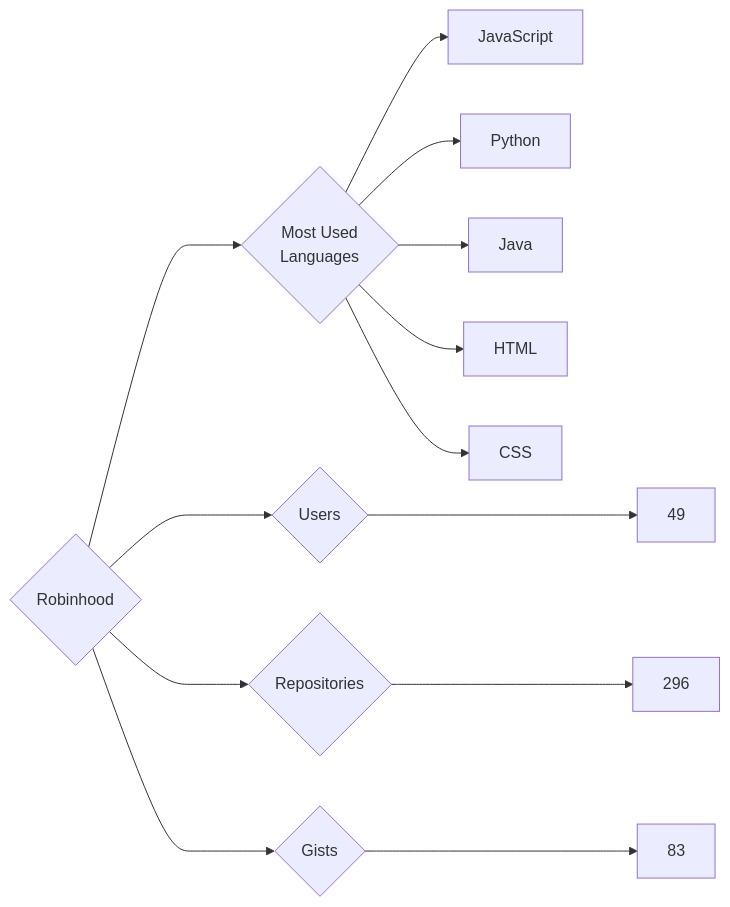
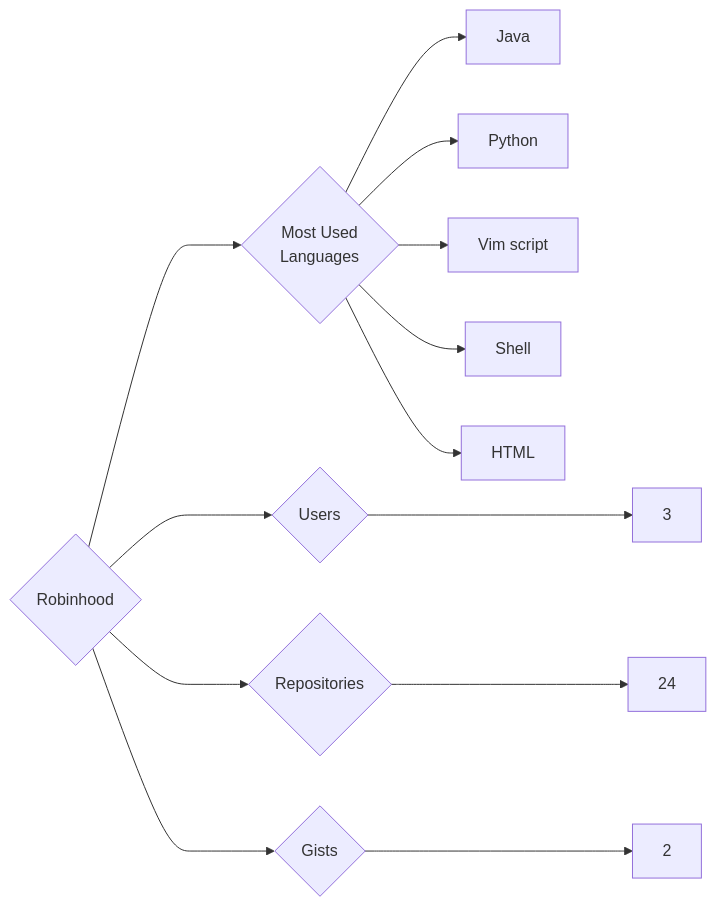
The diagram in targets/Robinhood/README.md (trickest/insiders), drawn with Mermaid before and after one commit. The commit also changed 940 other files, not shown here.

````diff
--- a/targets/Robinhood/README.md
+++ b/targets/Robinhood/README.md
@@ -3,13 +3,13 @@
 ```mermaid
 graph LR
 COMPANY_NAME{Robinhood}
-COMPANY_NAME ---> U{Users} ---> UN[49]
-COMPANY_NAME ---> R{Repositories} ---> RN[296]
-COMPANY_NAME ---> G{Gists} ---> GN[83]
+COMPANY_NAME ---> U{Users} ---> UN[3]
+COMPANY_NAME ---> R{Repositories} ---> RN[24]
+COMPANY_NAME ---> G{Gists} ---> GN[2]
 COMPANY_NAME ---> ML{Most Used<br>Languages}
-ML --> JavaScript[JavaScript]
+ML --> Java[Java]
 ML --> Python[Python]
-ML --> Java[Java]
+ML --> Vim_script[Vim script]
+ML --> Shell[Shell]
 ML --> HTML[HTML]
-ML --> CSS[CSS]
 ```
````
